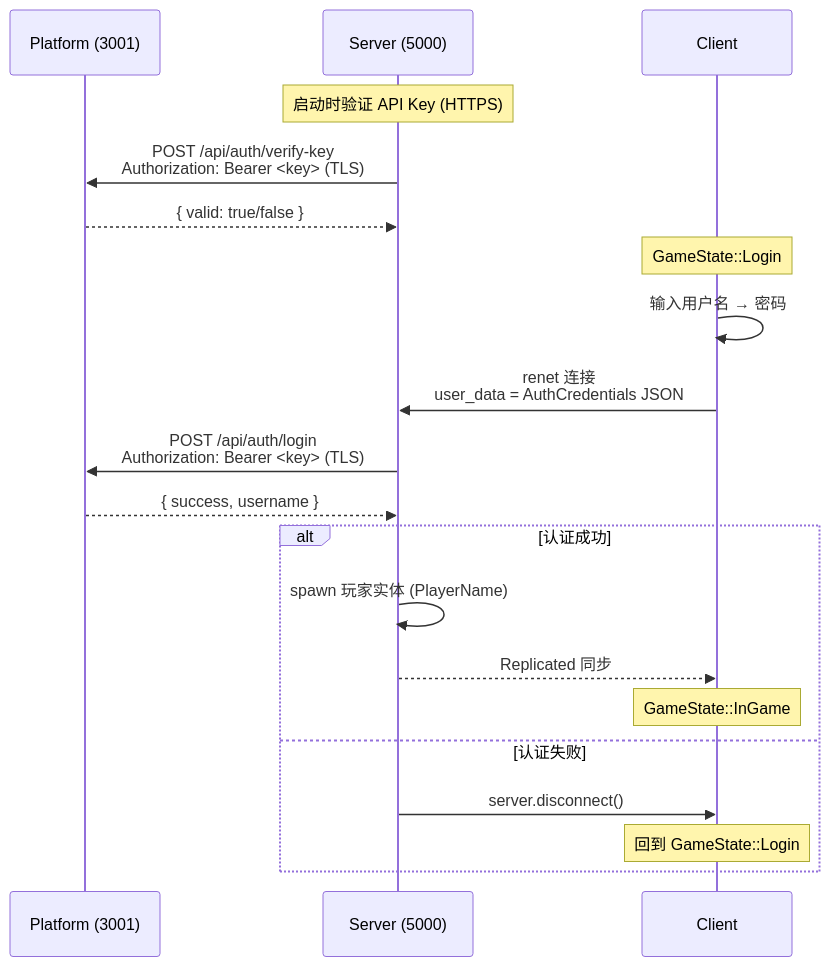
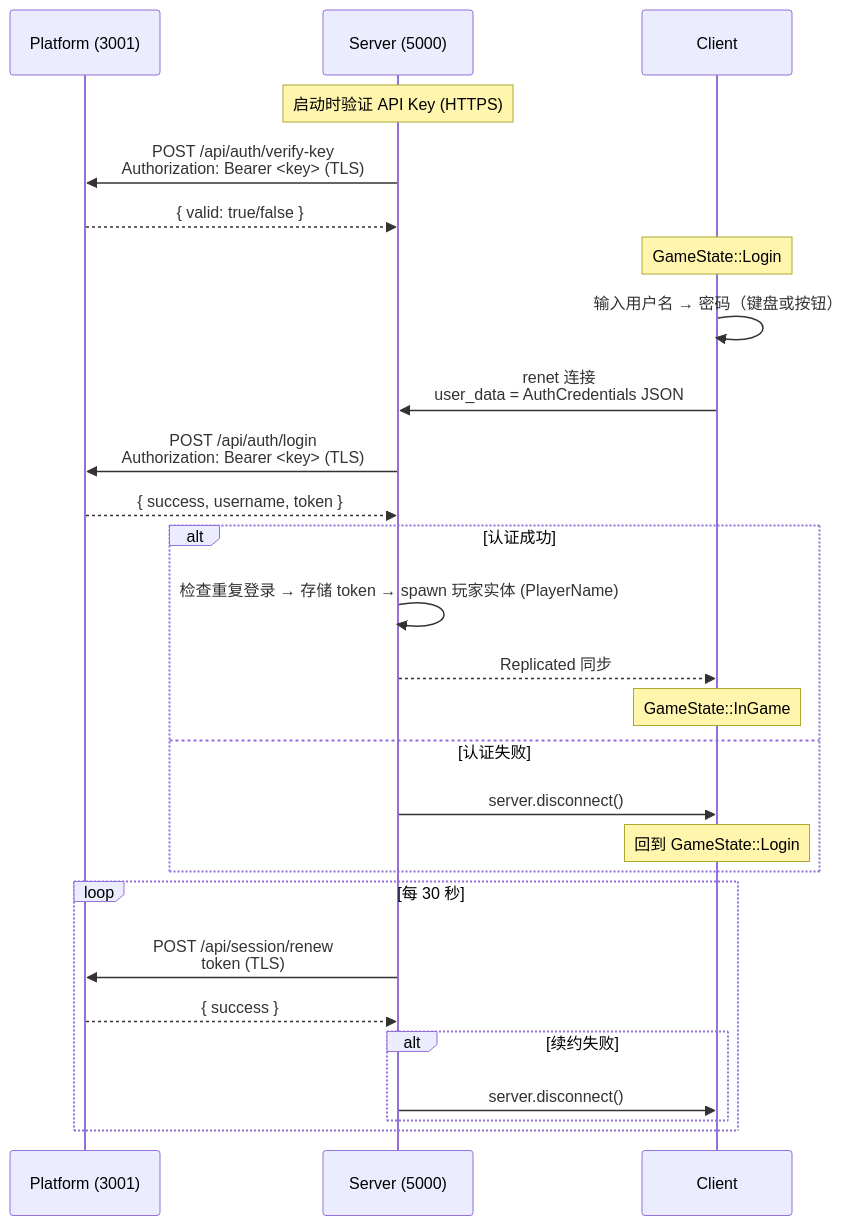
The second of 3 diagrams in DESIGN.md (kindywu/simple_bevy), drawn with Mermaid before and after one commit. The commit also changed other lines of this file and 3 other files, not shown here.

````diff
--- a/DESIGN.md
+++ b/DESIGN.md
@@ -47,25 +47,33 @@
 ```mermaid
 sequenceDiagram
     participant P as Platform (3001)
     participant S as Server (5000)
     participant C as Client
 
     Note over S: 启动时验证 API Key (HTTPS)
     S->>P: POST /api/auth/verify-key<br/>Authorization: Bearer <key> (TLS)
     P-->>S: { valid: true/false }
 
     Note over C: GameState::Login
-    C->>C: 输入用户名 → 密码
+    C->>C: 输入用户名 → 密码（键盘或按钮）
 
     C->>S: renet 连接<br/>user_data = AuthCredentials JSON
     S->>P: POST /api/auth/login<br/>Authorization: Bearer <key> (TLS)
-    P-->>S: { success, username }
+    P-->>S: { success, username, token }
     alt 认证成功
-        S->>S: spawn 玩家实体 (PlayerName)
+        S->>S: 检查重复登录 → 存储 token → spawn 玩家实体 (PlayerName)
         S-->>C: Replicated 同步
         Note over C: GameState::InGame
     else 认证失败
         S->>C: server.disconnect()
         Note over C: 回到 GameState::Login
     end
+
+    loop 每 30 秒
+        S->>P: POST /api/session/renew<br/>token (TLS)
+        P-->>S: { success }
+        alt 续约失败
+            S->>C: server.disconnect()
+        end
+    end
 ```
````
